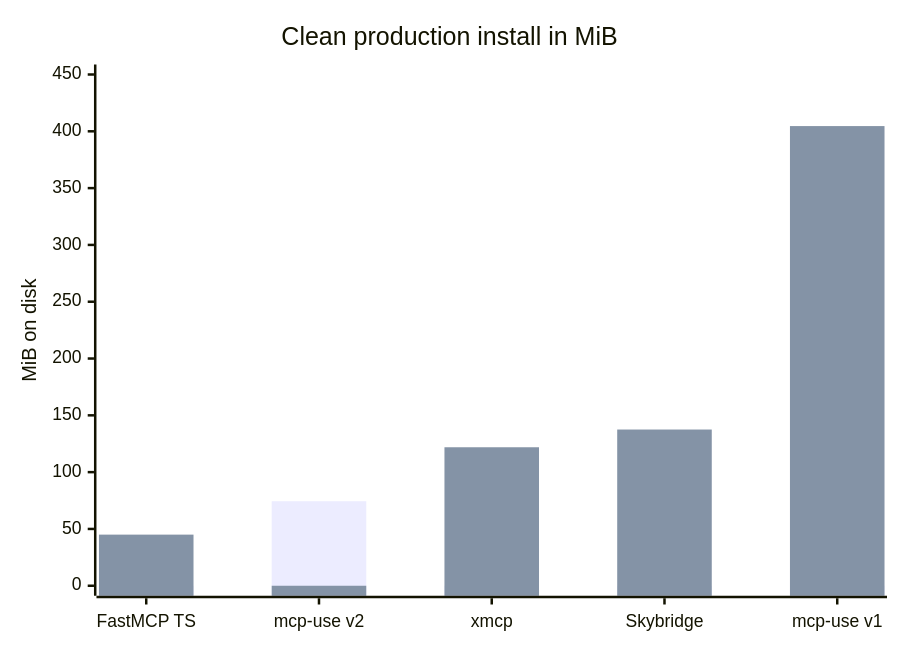
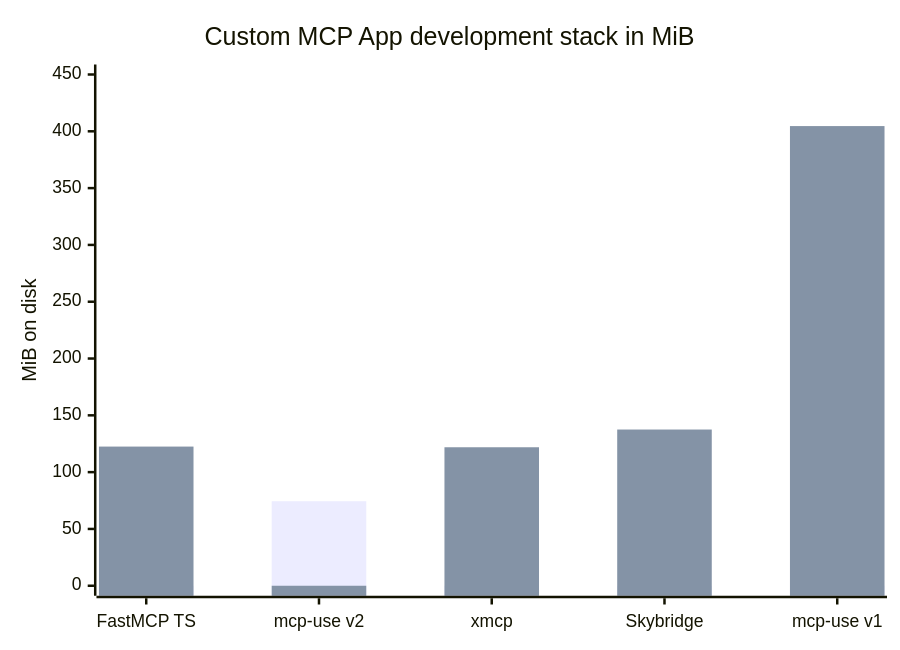
The third of 4 diagrams in benchmark.md (mcp-use/mcp-use), drawn with Mermaid before and after one commit. The commit also changed other lines of this file and 1 other file, not shown here.

Commit message:
docs: compare equivalent MCP App stacks

````diff
--- a/benchmark.md
+++ b/benchmark.md
@@ -96,8 +98,8 @@
 ```mermaid
 xychart
-  title "Clean production install in MiB"
+  title "Custom MCP App development stack in MiB"
   x-axis ["FastMCP TS", "mcp-use v2", "xmcp", "Skybridge", "mcp-use v1"]
   y-axis "MiB on disk" 0 --> 450
   bar [0, 74.4, 0, 0, 0]
-  bar [45.0, 0, 121.9, 137.5, 404.6]
+  bar [122.5, 0, 121.9, 137.5, 404.6]
 ```
````
